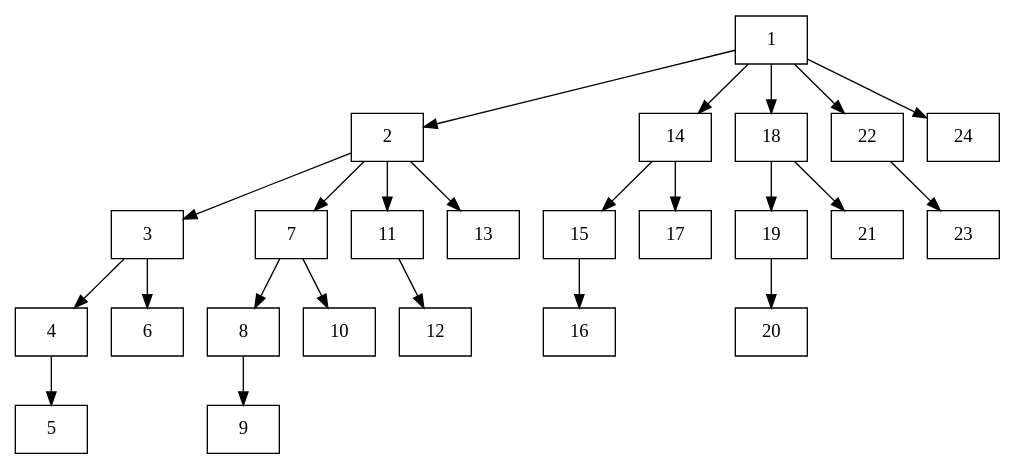
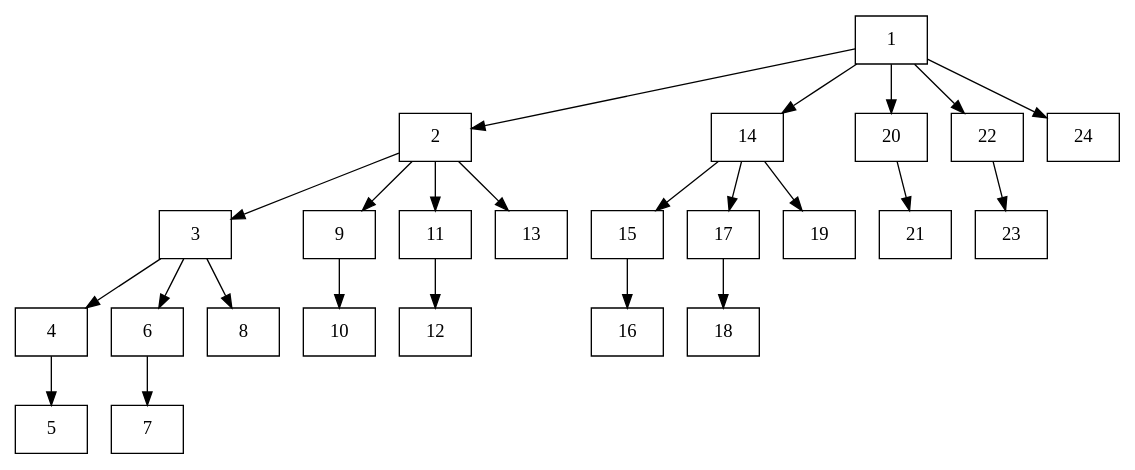
Before and after one commit to rbookr/Data-Structure-Animation: the diagram in project/maximal_clique/base.dot, drawn with Graphviz. The commit also changed 3 other files, not shown here.

```diff
--- a/project/maximal_clique/base.dot
+++ b/project/maximal_clique/base.dot
@@ -1,50 +1,50 @@
 digraph G {
-    node[shape=record]
+  node[shape="record"]
   "1";
   "2";
   "3";
   "4";
   "5";
   "6";
   "7";
   "8";
   "9";
   "10";
   "11";
   "12";
   "13";
   "14";
   "15";
   "16";
   "17";
   "18";
   "19";
   "20";
   "21";
   "22";
   "23";
-  "24"[];
+  "24";
   "1" -> "2";
   "2" -> "3";
   "3" -> "4";
   "4" -> "5";
   "3" -> "6";
-  "2" -> "7";
-  "7" -> "8";
-  "8" -> "9";
-  "7" -> "10";
+  "6" -> "7";
+  "3" -> "8";
+  "2" -> "9";
+  "9" -> "10";
   "2" -> "11";
   "11" -> "12";
   "2" -> "13";
   "1" -> "14";
   "14" -> "15";
   "15" -> "16";
   "14" -> "17";
-  "1" -> "18";
-  "18" -> "19";
-  "19" -> "20";
-  "18" -> "21";
+  "17" -> "18";
+  "14" -> "19";
+  "1" -> "20";
+  "20" -> "21";
   "1" -> "22";
   "22" -> "23";
   "1" -> "24";
 }
```
